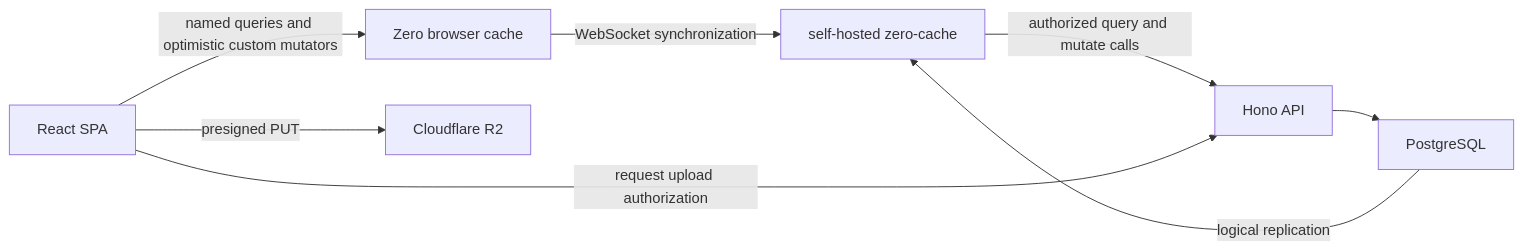
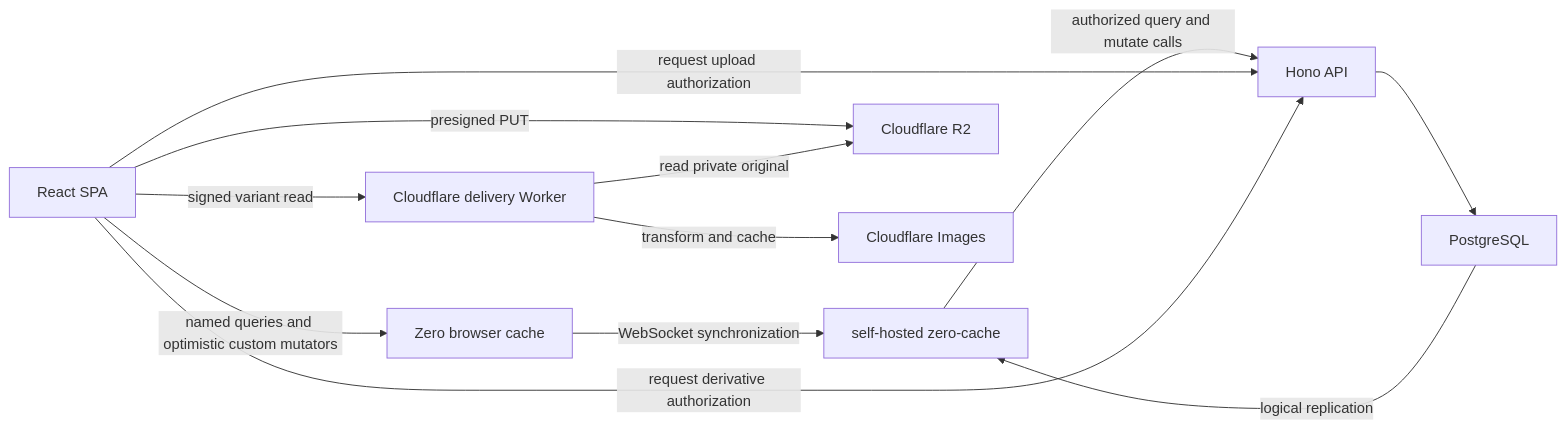
One commit to arturchichorro/home-hub changed the first of 2 diagrams in docs/architecture.md. Above: the diagram before and after it, drawn with Mermaid. The commit also changed other lines of this file and 4 other files, not shown here.

````diff
--- a/docs/architecture.md
+++ b/docs/architecture.md
@@ -62,10 +63,14 @@
 ```mermaid
 flowchart LR
   UI["React SPA"] -->|"named queries and optimistic custom mutators"| ZC["Zero browser cache"]
   ZC -->|"WebSocket synchronization"| Cache["self-hosted zero-cache"]
   Cache -->|"authorized query and mutate calls"| API["Hono API"]
   API --> PG["PostgreSQL"]
   PG -->|"logical replication"| Cache
   UI -->|"request upload authorization"| API
   UI -->|"presigned PUT"| R2["Cloudflare R2"]
+  UI -->|"request derivative authorization"| API
+  UI -->|"signed variant read"| Edge["Cloudflare delivery Worker"]
+  Edge -->|"read private original"| R2
+  Edge -->|"transform and cache"| Images["Cloudflare Images"]
 ```
````
